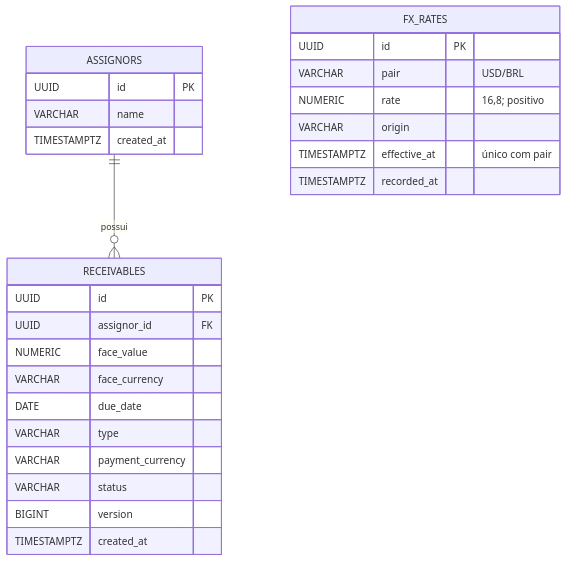
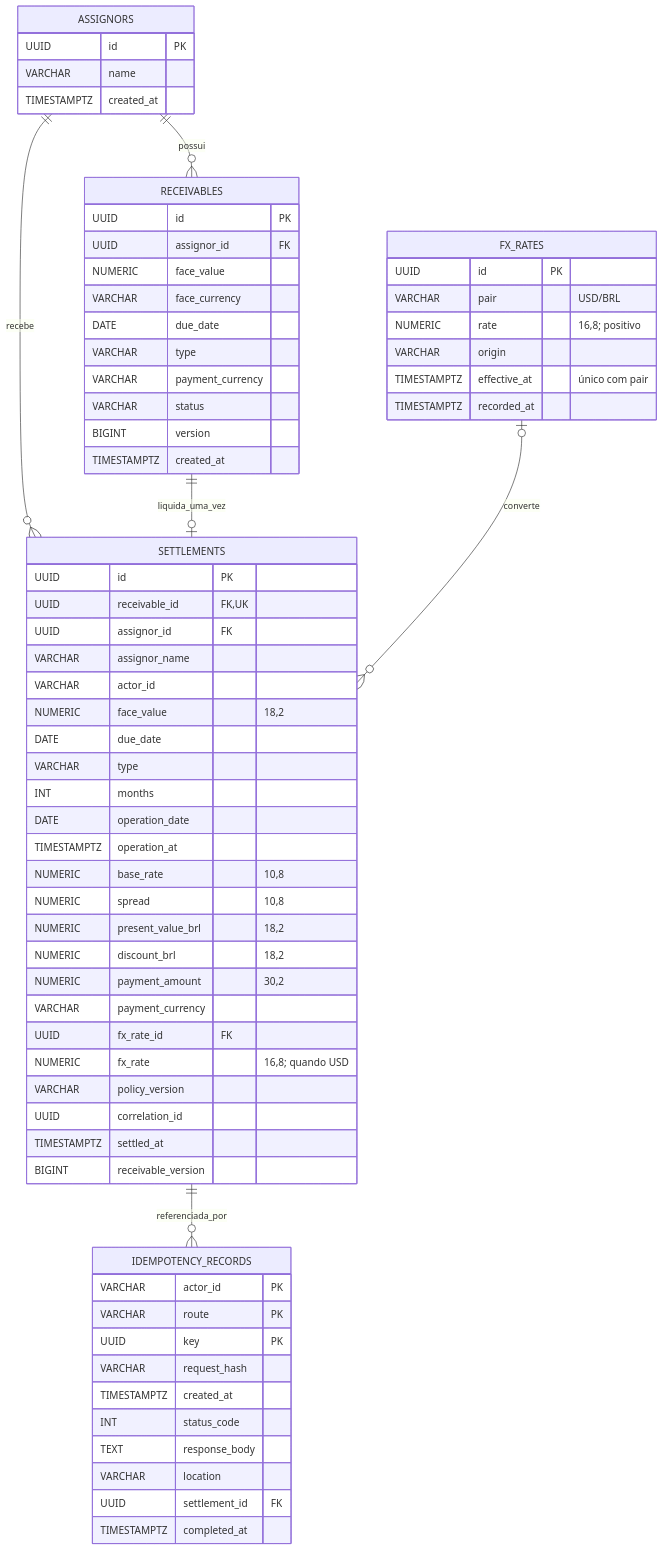
One commit to rodsussumu/srm-asset-test changed the diagram in docs/er.md. Above: the diagram before and after it, drawn with Mermaid. The commit also changed other lines of this file and 37 other files, not shown here.

Commit message:
feat(backend): add transactional settlements with idempotency and audit protection

````diff
--- a/docs/er.md
+++ b/docs/er.md
@@ -5,29 +5,70 @@
 ```mermaid
 erDiagram
     ASSIGNORS ||--o{ RECEIVABLES : possui
+    ASSIGNORS ||--o{ SETTLEMENTS : recebe
+    RECEIVABLES ||--o| SETTLEMENTS : liquida_uma_vez
+    FX_RATES o|--o{ SETTLEMENTS : converte
+    SETTLEMENTS ||--o{ IDEMPOTENCY_RECORDS : referenciada_por
     ASSIGNORS {
         UUID id PK
         VARCHAR name
         TIMESTAMPTZ created_at
     }
     RECEIVABLES {
         UUID id PK
         UUID assignor_id FK
         NUMERIC face_value
         VARCHAR face_currency
         DATE due_date
         VARCHAR type
         VARCHAR payment_currency
         VARCHAR status
         BIGINT version
         TIMESTAMPTZ created_at
     }
     FX_RATES {
         UUID id PK
         VARCHAR pair "USD/BRL"
         NUMERIC rate "16,8; positivo"
         VARCHAR origin
         TIMESTAMPTZ effective_at "único com pair"
         TIMESTAMPTZ recorded_at
     }
+    SETTLEMENTS {
+        UUID id PK
+        UUID receivable_id FK,UK
+        UUID assignor_id FK
+        VARCHAR assignor_name
+        VARCHAR actor_id
+        NUMERIC face_value "18,2"
+        DATE due_date
+        VARCHAR type
+        INT months
+        DATE operation_date
+        TIMESTAMPTZ operation_at
+        NUMERIC base_rate "10,8"
+        NUMERIC spread "10,8"
+        NUMERIC present_value_brl "18,2"
+        NUMERIC discount_brl "18,2"
+        NUMERIC payment_amount "30,2"
+        VARCHAR payment_currency
+        UUID fx_rate_id FK
+        NUMERIC fx_rate "16,8; quando USD"
+        VARCHAR policy_version
+        UUID correlation_id
+        TIMESTAMPTZ settled_at
+        BIGINT receivable_version
+    }
+    IDEMPOTENCY_RECORDS {
+        VARCHAR actor_id PK
+        VARCHAR route PK
+        UUID key PK
+        VARCHAR request_hash
+        TIMESTAMPTZ created_at
+        INT status_code
+        TEXT response_body
+        VARCHAR location
+        UUID settlement_id FK
+        TIMESTAMPTZ completed_at
+    }
 ```
````
